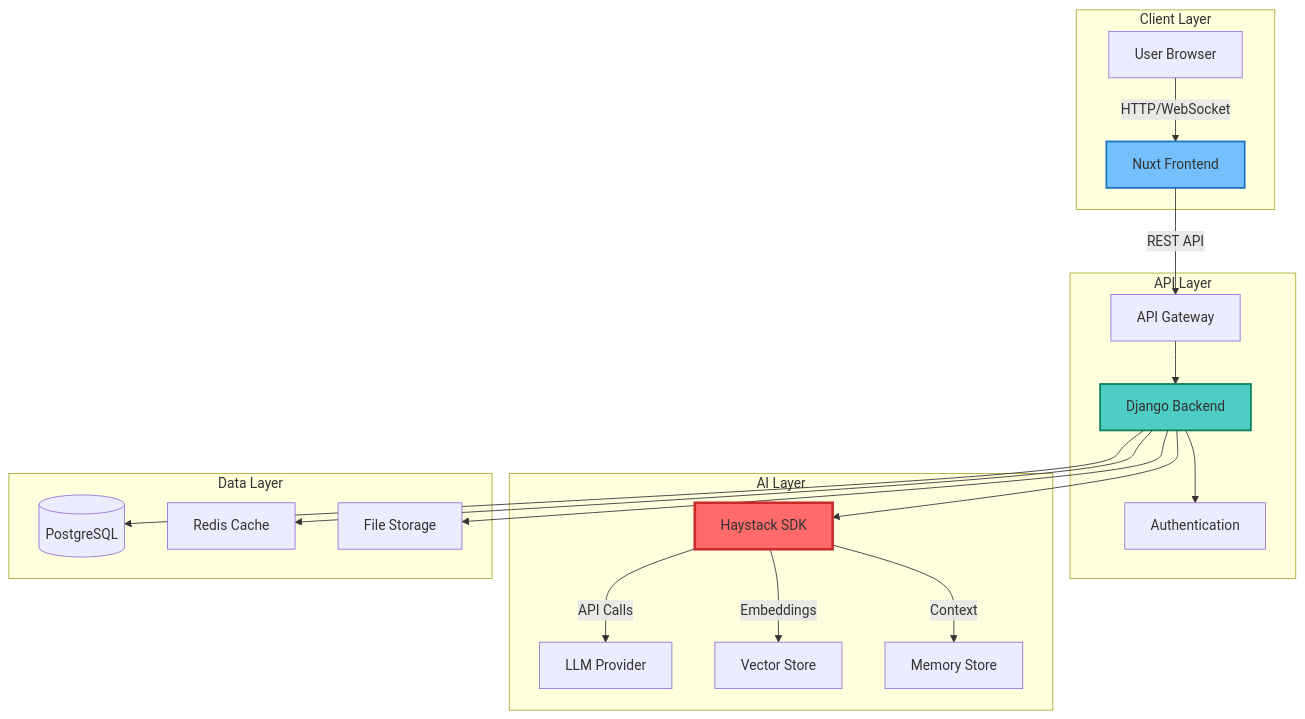
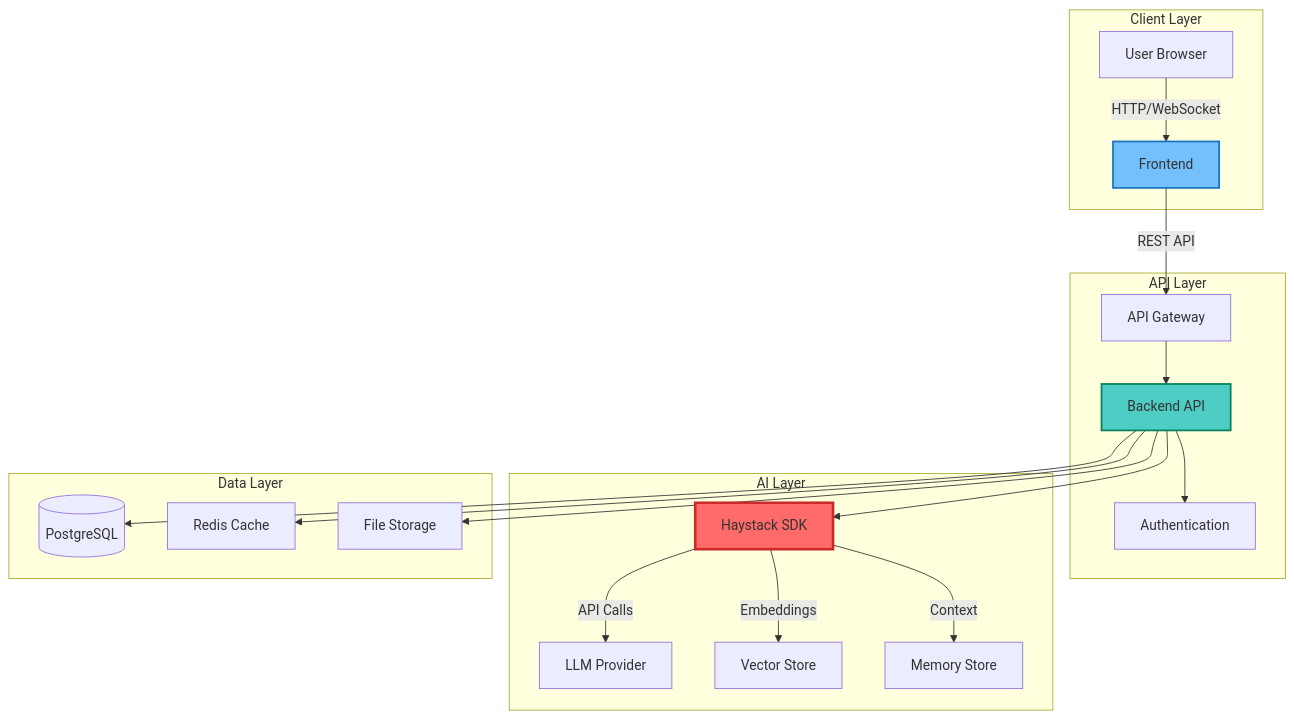
Before and after one commit to mk-knight23/AI-SDK-HAYSTACK: the diagram in README.md, drawn with Mermaid. The commit also changed other lines of this file, not shown here.

````diff
--- a/README.md
+++ b/README.md
@@ -332,42 +321,42 @@
 ```mermaid
 graph TB
     subgraph "Client Layer"
         A[User Browser]
-        B[Nuxt Frontend]
+        B[Frontend]
     end
 
     subgraph "API Layer"
         C[API Gateway]
-        D[Django Backend]
+        D[Backend API]
         E[Authentication]
     end
 
     subgraph "AI Layer"
         F[Haystack SDK]
         G[LLM Provider]
         H[Vector Store]
         I[Memory Store]
     end
 
     subgraph "Data Layer"
         J[(PostgreSQL)]
         K[Redis Cache]
         L[File Storage]
     end
 
     A -->|HTTP/WebSocket| B
     B -->|REST API| C
     C --> D
     D --> E
     D --> F
     F -->|API Calls| G
     F -->|Embeddings| H
     F -->|Context| I
     D --> J
     D --> K
     D --> L
 
     style F fill:#ff6b6b,stroke:#c92a2a,stroke-width:3px
     style D fill:#4ecdc4,stroke:#087f5b,stroke-width:2px
     style B fill:#74c0fc,stroke:#1971c2,stroke-width:2px
 ```
````
